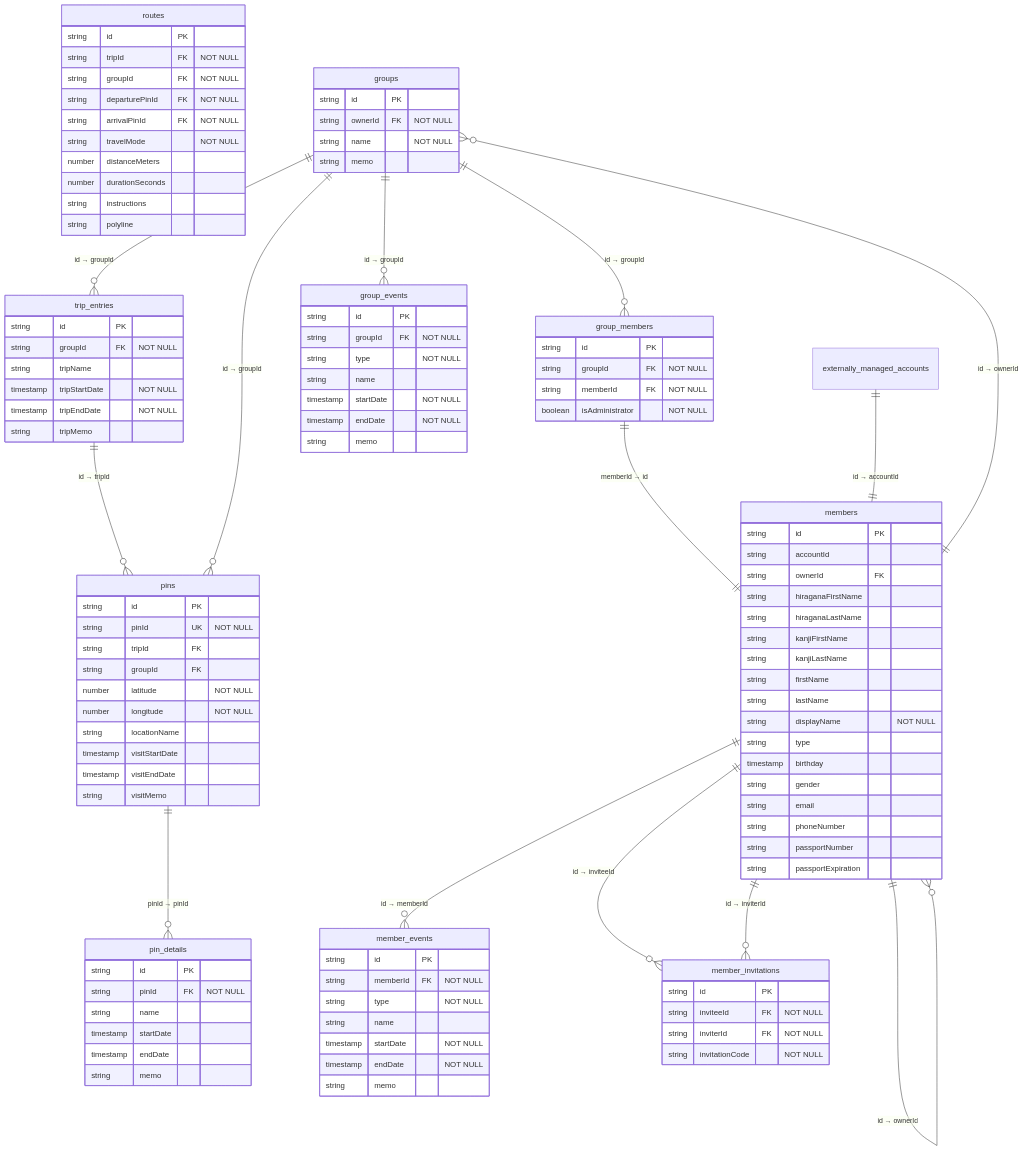
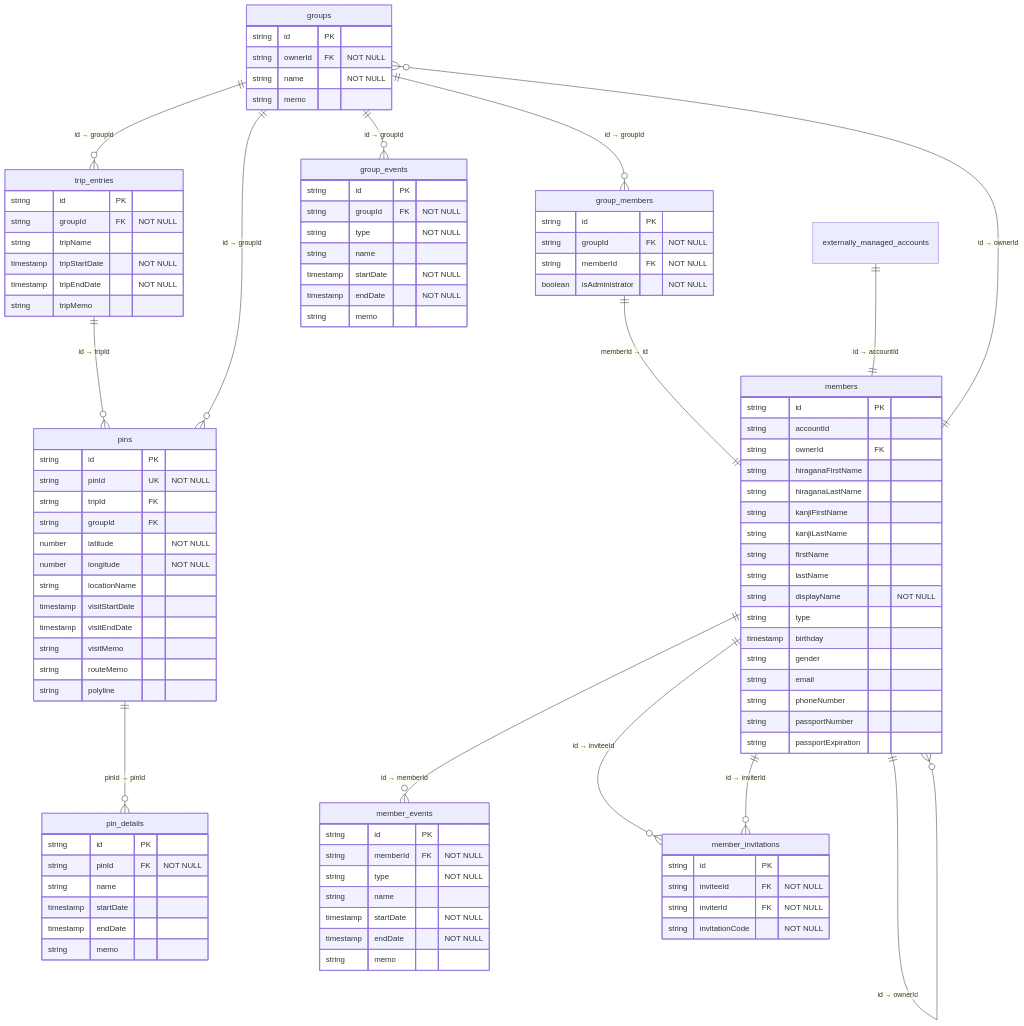
Before and after one commit to taka-016/memora: the diagram in docs/er_diagram.md, drawn with Mermaid.

Commit message:
doc: ER図修正

```diff
--- a/docs/er_diagram.md
+++ b/docs/er_diagram.md
@@ -21,6 +21,9 @@
         timestamp visitStartDate
         timestamp visitEndDate
         string visitMemo
+        string routeMemo
+        string polyline
+
     }
     pin_details {
         string id PK
@@ -29,18 +32,6 @@
         timestamp startDate
         timestamp endDate
         string memo
-    }
-    routes {
-        string id PK
-        string tripId FK "NOT NULL"
-        string groupId FK "NOT NULL"
-        string departurePinId FK "NOT NULL"
-        string arrivalPinId FK "NOT NULL"
-        string travelMode "NOT NULL"
-        number distanceMeters
-        number durationSeconds
-        string instructions
-        string polyline
     }
     groups {
         string id PK
```
